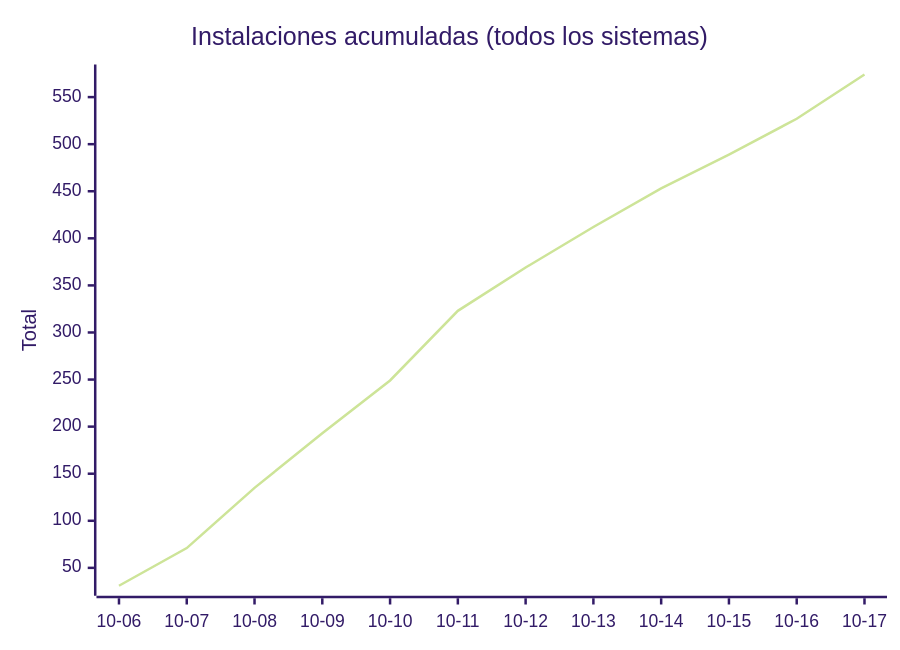
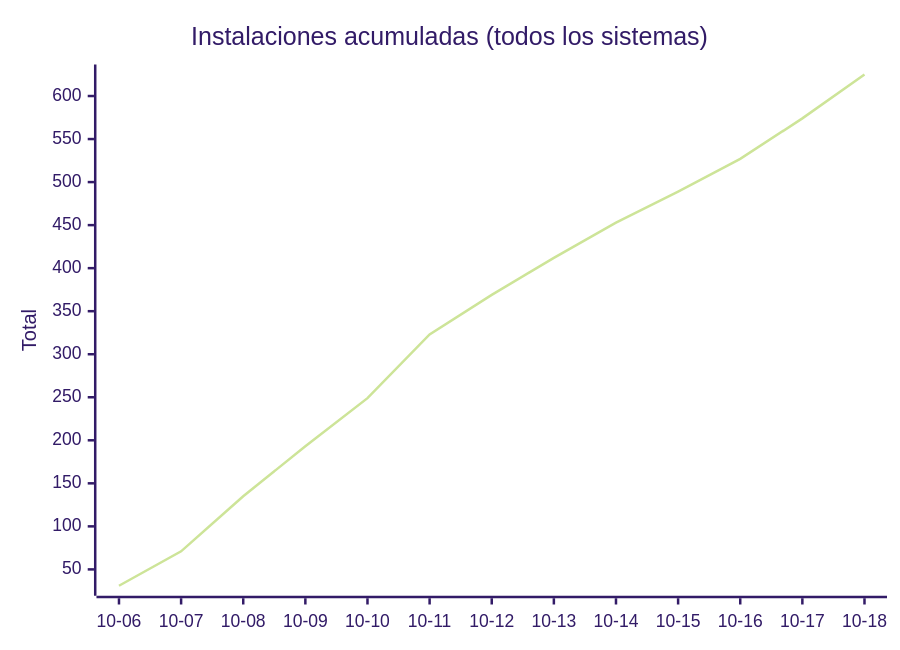
One commit to EmuDeck/stats changed the seventh of 8 diagrams in README.md. Above: the diagram before and after it, drawn with Mermaid (forest theme). The commit also changed other lines of this file and 2 other files, not shown here.

````diff
--- a/README.md
+++ b/README.md
@@ -76,7 +76,7 @@
 ```mermaid
 xychart-beta
     title "Instalaciones acumuladas (todos los sistemas)"
-    x-axis ["10-06", "10-07", "10-08", "10-09", "10-10", "10-11", "10-12", "10-13", "10-14", "10-15", "10-16", "10-17"]
+    x-axis ["10-06", "10-07", "10-08", "10-09", "10-10", "10-11", "10-12", "10-13", "10-14", "10-15", "10-16", "10-17", "10-18"]
     y-axis "Total"
-    line [31, 71, 135, 193, 249, 323, 369, 412, 453, 489, 527, 574]
+    line [31, 71, 135, 193, 249, 323, 369, 412, 453, 489, 527, 574, 625]
 ```
````
